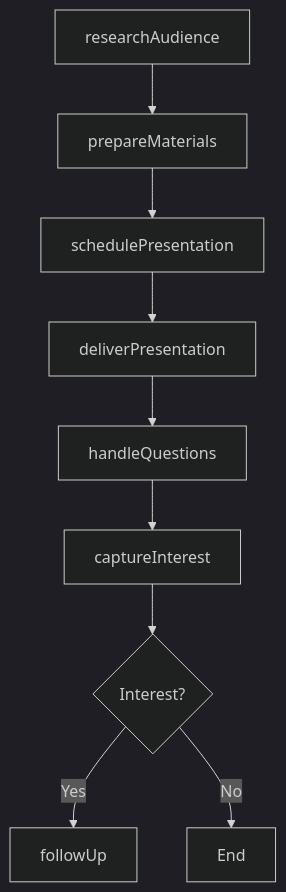
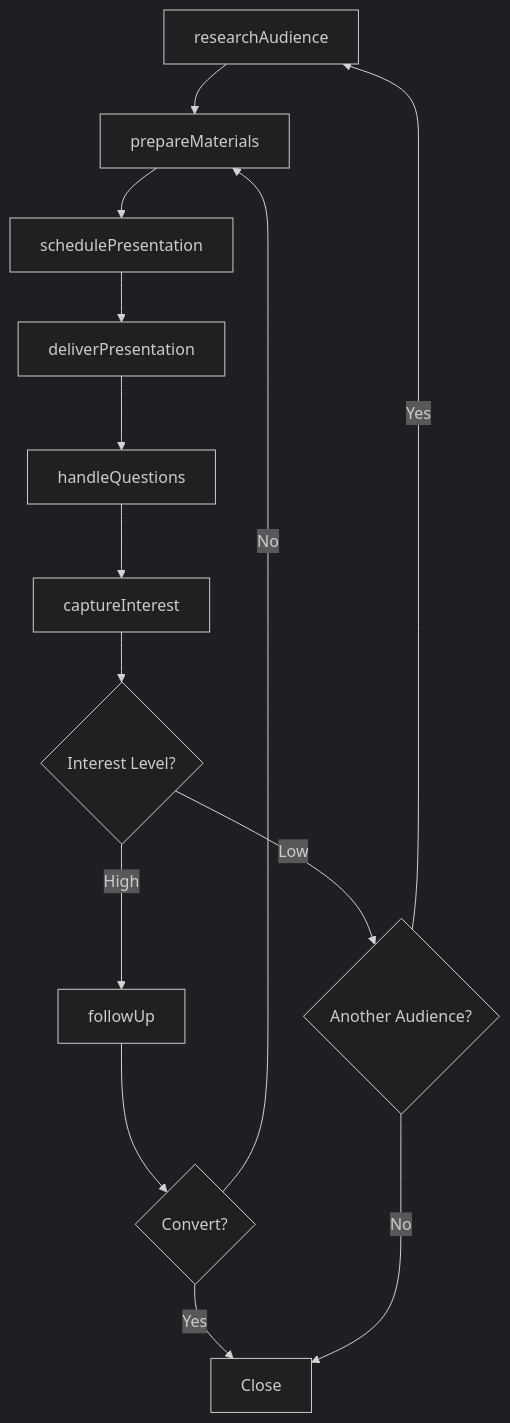
The third of 4 diagrams in SellingOrInfluencingOthers/PromoteProductsServicesOrPrograms/DeliverPromotionalPresentationsCurrentProspective.mdx (dot-org-ai/tasks.org.ai), drawn with Mermaid (dark theme) before and after one commit. The commit also changed other lines of this file and 504 other files, not shown here.

First line of the commit message:
feat: Add ER diagrams, state diagrams, and workflow improvements to 96 DWA task files

````diff
--- a/SellingOrInfluencingOthers/PromoteProductsServicesOrPrograms/DeliverPromotionalPresentationsCurrentProspective.mdx
+++ b/SellingOrInfluencingOthers/PromoteProductsServicesOrPrograms/DeliverPromotionalPresentationsCurrentProspective.mdx
@@ -87,11 +115,16 @@
 ```mermaid
 graph TD
     A[researchAudience] --> B[prepareMaterials]
     B --> C[schedulePresentation]
     C --> D[deliverPresentation]
     D --> E[handleQuestions]
     E --> F[captureInterest]
-    F --> G{Interest?}
-    G -->|Yes| H[followUp]
-    G -->|No| I[End]
+    F --> G{Interest Level?}
+    G -->|High| H[followUp]
+    G -->|Low| I{Another Audience?}
+    H --> J{Convert?}
+    J -->|Yes| K[Close]
+    J -->|No| B
+    I -->|Yes| A
+    I -->|No| K[Close]
 ```
````
